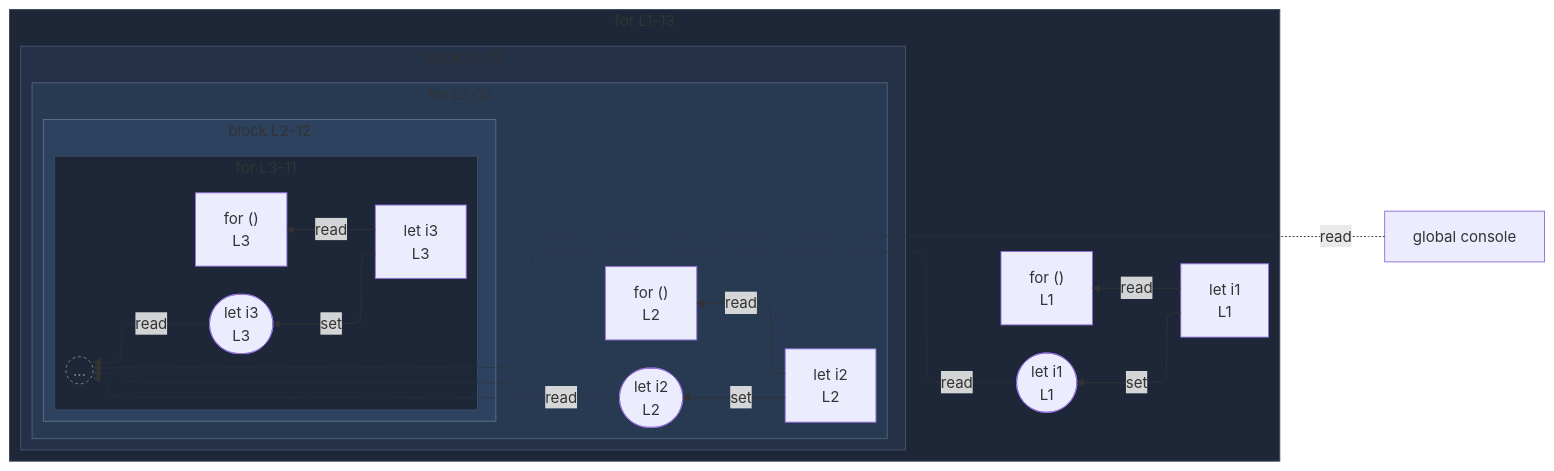
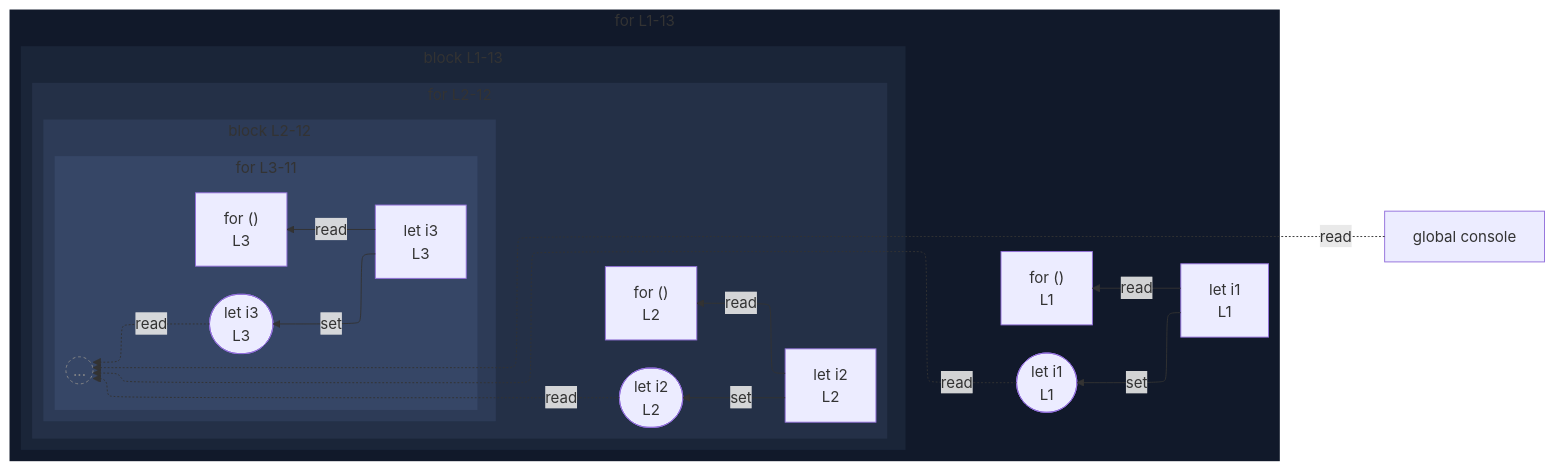
One commit to crescware/unsnarl changed the diagram in integration/fixtures/app-behavior/depth/for/depth-2/preview.md. Above: the diagram before and after it, drawn with Mermaid. The commit also changed 263 other files, not shown here.

````diff
--- a/integration/fixtures/app-behavior/depth/for/depth-2/preview.md
+++ b/integration/fixtures/app-behavior/depth/for/depth-2/preview.md
@@ -29,51 +29,52 @@
 ```mermaid
 %%{init: {"flowchart": {"defaultRenderer": "elk"}}}%%
 flowchart RL
   n_scope_0_console_240["global console"]
   subgraph s_scope_1["for L1-13"]
     direction RL
     for_test_scope_0_0["for ()<br/>L1"]
     n_scope_1_i1_9["let i1<br/>L1"]
     wr_ref_2(["let i1<br/>L1"])
     subgraph s_scope_2["block L1-13"]
       direction RL
       subgraph s_scope_3["for L2-12"]
         direction RL
         for_test_scope_2_35["for ()<br/>L2"]
         n_scope_3_i2_44["let i2<br/>L2"]
         wr_ref_5(["let i2<br/>L2"])
         subgraph s_scope_4["block L2-12"]
           direction RL
           subgraph s_scope_5["for L3-11"]
             direction RL
             for_test_scope_4_72["for ()<br/>L3"]
             n_scope_5_i3_81["let i3<br/>L3"]
             wr_ref_8(["let i3<br/>L3"])
             beyond_depth_s_scope_5((...))
           end
         end
       end
     end
   end
   n_scope_1_i1_9 -->|set| wr_ref_2
   n_scope_3_i2_44 -->|set| wr_ref_5
   n_scope_5_i3_81 -->|set| wr_ref_8
   n_scope_1_i1_9 -->|read| for_test_scope_0_0
   n_scope_3_i2_44 -->|read| for_test_scope_2_35
   n_scope_5_i3_81 -->|read| for_test_scope_4_72
   n_scope_0_console_240 -.->|read| beyond_depth_s_scope_5
   wr_ref_2 -.->|read| beyond_depth_s_scope_5
   wr_ref_5 -.->|read| beyond_depth_s_scope_5
   wr_ref_8 -.->|read| beyond_depth_s_scope_5
   classDef boundaryStub fill:transparent,stroke:#888,stroke-dasharray:3 3,color:#888;
   class beyond_depth_s_scope_5 boundaryStub;
-  classDef nestL1 fill:#1e2738,stroke:#3d4a63;
+  classDef nestL1 fill:#11192a,stroke:transparent;
   class s_scope_1 nestL1;
-  class s_scope_5 nestL1;
-  classDef nestL2 fill:#233045,stroke:#475670;
+  classDef nestL2 fill:#1a2538,stroke:transparent;
   class s_scope_2 nestL2;
-  classDef nestL3 fill:#283952,stroke:#51637d;
+  classDef nestL3 fill:#243047,stroke:transparent;
   class s_scope_3 nestL3;
-  classDef nestL4 fill:#2d425f,stroke:#5b708a;
+  classDef nestL4 fill:#2d3b57,stroke:transparent;
   class s_scope_4 nestL4;
+  classDef nestL5 fill:#364666,stroke:transparent;
+  class s_scope_5 nestL5;
 ```
````
